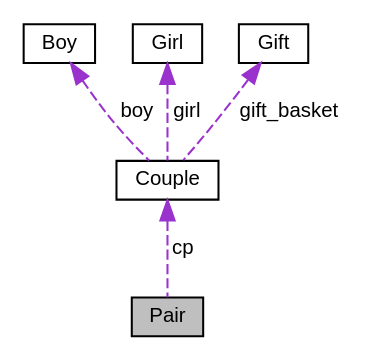
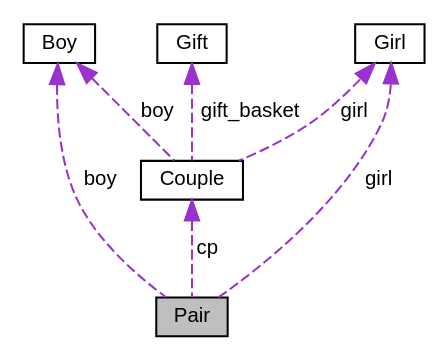
The diagram in doc/rtf/classPair__coll__graph.dot (PPL-IIITA/ppl-assignment-pr-s18), drawn with Graphviz before and after one commit. The commit also changed 483 other files, not shown here.

```diff
--- a/doc/rtf/classPair__coll__graph.dot
+++ b/doc/rtf/classPair__coll__graph.dot
@@ -1,14 +1,16 @@
 digraph "Pair"
 {
   edge [fontname="Helvetica",fontsize="10",labelfontname="Helvetica",labelfontsize="10"];
   node [fontname="Helvetica",fontsize="10",shape=record];
   Node1 [label="Pair",height=0.2,width=0.4,color="black", fillcolor="grey75", style="filled", fontcolor="black"];
-  Node2 -> Node1 [dir="back",color="darkorchid3",fontsize="10",style="dashed",label=" cp" ,fontname="Helvetica"];
-  Node2 [label="Couple",height=0.2,width=0.4,color="black", fillcolor="white", style="filled",URL="$classCouple.html",tooltip="CLASS COUPLE containing attributes and member functions of couples. "];
-  Node3 -> Node2 [dir="back",color="darkorchid3",fontsize="10",style="dashed",label=" boy" ,fontname="Helvetica"];
-  Node3 [label="Boy",height=0.2,width=0.4,color="black", fillcolor="white", style="filled",URL="$classBoy.html",tooltip="CLASS BOY containing attributes and member function of boys. "];
-  Node4 -> Node2 [dir="back",color="darkorchid3",fontsize="10",style="dashed",label=" girl" ,fontname="Helvetica"];
-  Node4 [label="Girl",height=0.2,width=0.4,color="black", fillcolor="white", style="filled",URL="$classGirl.html",tooltip="CLASS GIRL containing attributes and member function of girls. "];
-  Node5 -> Node2 [dir="back",color="darkorchid3",fontsize="10",style="dashed",label=" gift_basket" ,fontname="Helvetica"];
+  Node2 -> Node1 [dir="back",color="darkorchid3",fontsize="10",style="dashed",label=" boy" ,fontname="Helvetica"];
+  Node2 [label="Boy",height=0.2,width=0.4,color="black", fillcolor="white", style="filled",URL="$classBoy.html",tooltip="CLASS BOY containing attributes and member function of boys. "];
+  Node3 -> Node1 [dir="back",color="darkorchid3",fontsize="10",style="dashed",label=" girl" ,fontname="Helvetica"];
+  Node3 [label="Girl",height=0.2,width=0.4,color="black", fillcolor="white", style="filled",URL="$classGirl.html",tooltip="CLASS GIRL containing attributes and member function of girls. "];
+  Node4 -> Node1 [dir="back",color="darkorchid3",fontsize="10",style="dashed",label=" cp" ,fontname="Helvetica"];
+  Node4 [label="Couple",height=0.2,width=0.4,color="black", fillcolor="white", style="filled",URL="$classCouple.html",tooltip="CLASS COUPLE containing attributes and member functions of couples. "];
+  Node2 -> Node4 [dir="back",color="darkorchid3",fontsize="10",style="dashed",label=" boy" ,fontname="Helvetica"];
+  Node3 -> Node4 [dir="back",color="darkorchid3",fontsize="10",style="dashed",label=" girl" ,fontname="Helvetica"];
+  Node5 -> Node4 [dir="back",color="darkorchid3",fontsize="10",style="dashed",label=" gift_basket" ,fontname="Helvetica"];
   Node5 [label="Gift",height=0.2,width=0.4,color="black", fillcolor="white", style="filled",URL="$classGift.html",tooltip="CLASS GIFT containing attributes of all Gifts. "];
 }
```
